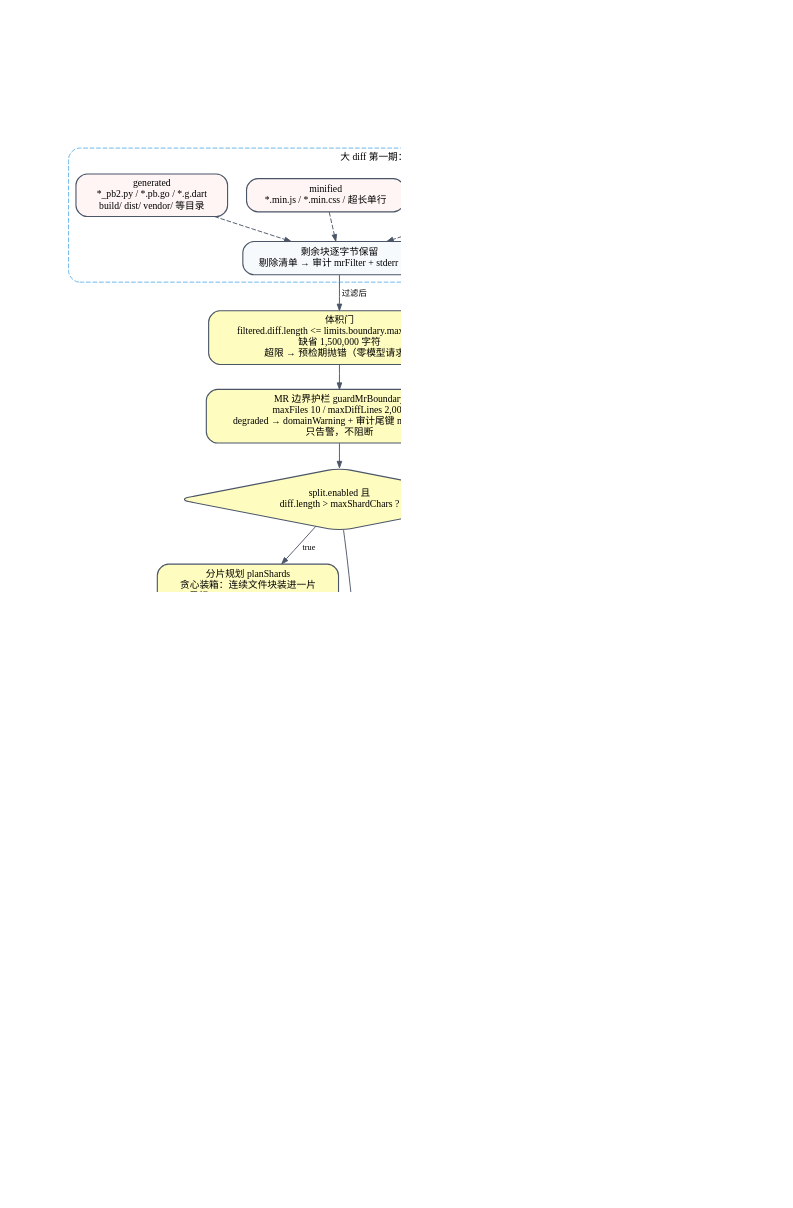
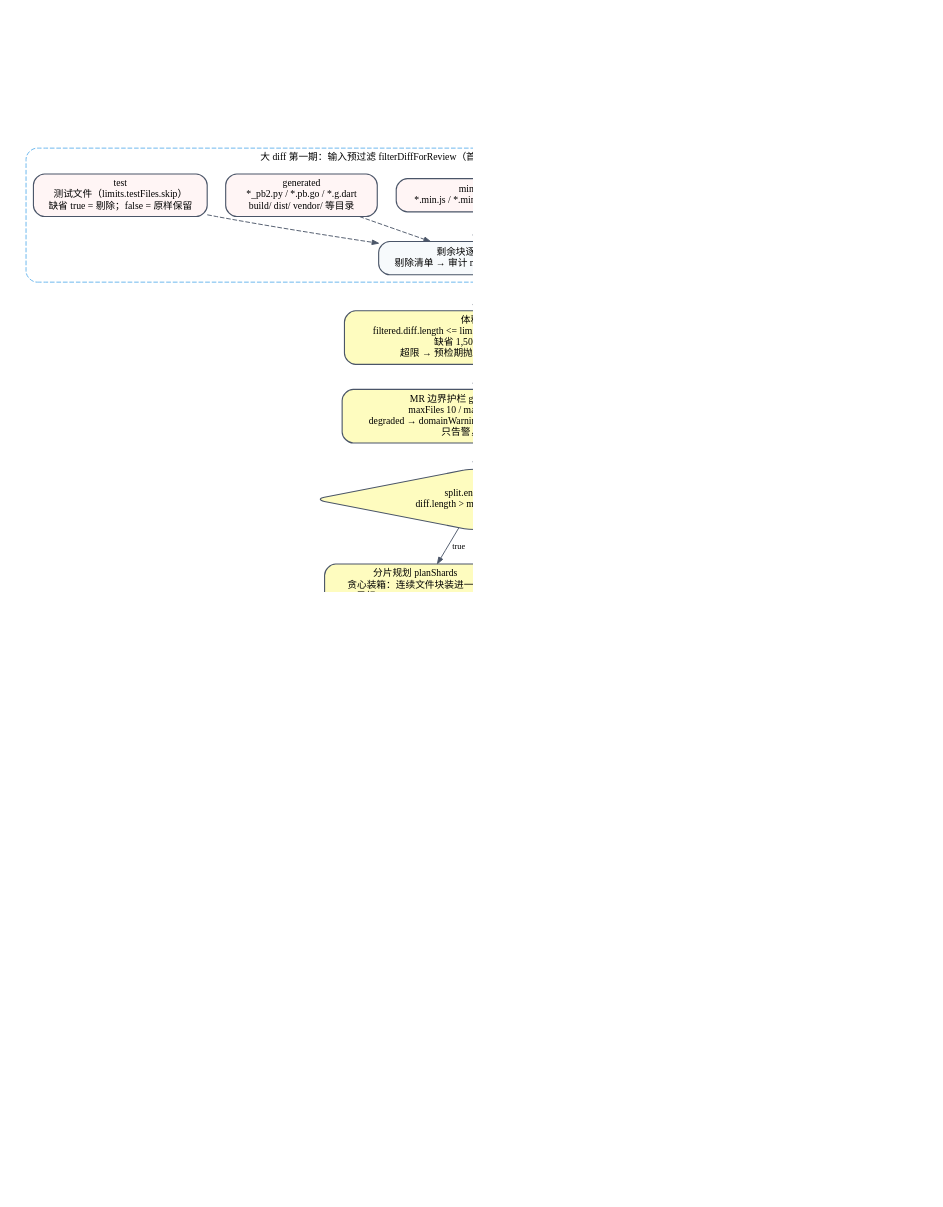
One commit to ffanwei/ReviewAgent-pi changed the diagram in docs/png/review-large-diff.dot. Above: the diagram before and after it, drawn with Graphviz. The commit also changed 15 other files, not shown here.

First line of the commit message:
docs: refresh flow diagrams and reporting docs

```diff
--- a/docs/png/review-large-diff.dot
+++ b/docs/png/review-large-diff.dot
@@ -1,65 +1,67 @@
 digraph review_large_diff {
   graph [charset="UTF-8", rankdir=TB, bgcolor="white", fontname="Microsoft YaHei", fontsize=12,
          nodesep=0.28, ranksep=0.36, pad=0.25, dpi=150];
   node  [shape=box, style="rounded,filled", fontname="Microsoft YaHei", fontsize=10.5,
          color="#4A5568", fillcolor="#F7FAFC", penwidth=1.2, margin="0.15,0.07"];
   edge  [fontname="Microsoft YaHei", fontsize=9, color="#4A5568", arrowsize=0.7];
 
   raw [label="原始 unified diff\n（--mr-diff 文件 / --mr-json 转换）", fillcolor="#2B6CB0", fontcolor="white", penwidth=0];
   split [label="splitDiffIntoFileBlocks\n按 diff --git 切文件块\n（块内 hunk 永不拆分）", fillcolor="#E6FFFA"];
 
   subgraph cluster_filter {
-    label="大 diff 第一期：输入预过滤 filterDiffForReview";
+    label="大 diff 第一期：输入预过滤 filterDiffForReview（首个命中生效：binary > lockfile > minified > generated > test）";
     fontname="Microsoft YaHei"; fontsize=10.5; color="#63B3ED"; style="rounded,dashed";
     f1 [label="binary\nBinary files / GIT binary patch", fillcolor="#FFF5F5"];
     f2 [label="lockfile\npackage-lock.json / yarn.lock / *.lock …", fillcolor="#FFF5F5"];
     f3 [label="minified\n*.min.js / *.min.css / 超长单行", fillcolor="#FFF5F5"];
     f4 [label="generated\n*_pb2.py / *.pb.go / *.g.dart\nbuild/ dist/ vendor/ 等目录", fillcolor="#FFF5F5"];
+    f5 [label="test\n测试文件（limits.testFiles.skip）\n缺省 true = 剔除；false = 原样保留", fillcolor="#FFF5F5"];
     keep [label="剩余块逐字节保留\n剔除清单 → 审计 mrFilter + stderr 一行"];
     f1 -> keep [style=dashed];
     f2 -> keep [style=dashed];
     f3 -> keep [style=dashed];
     f4 -> keep [style=dashed];
+    f5 -> keep [style=dashed];
   }
 
   volume [label="体积门\nfiltered.diff.length <= limits.boundary.maxDiffChars\n缺省 1,500,000 字符\n超限 → 预检期抛错（零模型请求）", fillcolor="#FEFCBF"];
   boundary [label="MR 边界护栏 guardMrBoundary\nmaxFiles 10 / maxDiffLines 2,000\ndegraded → domainWarning + 审计尾键 mrBoundary\n只告警，不阻断", fillcolor="#FEFCBF"];
 
   planq [label="split.enabled 且\ndiff.length > maxShardChars ?", shape=diamond, fillcolor="#FEFCBF"];
   plan  [label="分片规划 planShards\n贪心装箱：连续文件块装进一片\n目标 maxShardChars 400,000\n片数上限 maxShards 12\n单块 > 400,000 → 明确报错\n每片附 otherFilesSummary ≤ 8,000", fillcolor="#FEFCBF"];
   countq[label="片数 > 1 ?", shape=diamond, fillcolor="#FEFCBF"];
 
   single [label="单遍路径（旧路径）\nrunDir = <task>/runs/\nauditDir = <task>/audit/\n产物布局与旧实现逐字节一致"];
   shardq [label="分片路径\nattempt-<startedAt> 独立目录\n规则 Skill 只装载一次（各片共享）\n片间严格串行"];
 
   subgraph cluster_passes {
     label="每片执行一次完整 ReviewPass（六阶段 + 规则 Skill 会话）";
     fontname="Microsoft YaHei"; fontsize=10.5; color="#9F7AEA"; style="rounded,dashed";
     s1 [label="s01\nruns/shards/attempt-…/s01\naudit/shards/attempt-…/s01", fillcolor="#BEE3F8"];
     s2 [label="s02 …\n片内 diff + 其他文件摘要\n独立 toolkit / Ledger / 初始消息", fillcolor="#BEE3F8"];
     sN [label="sNN（按 diff 顺序）", fillcolor="#BEE3F8"];
     s1 -> s2 -> sN [label=" 串行 "];
   }
 
   hook [label="片级上报钩子\nonShardFindings(index,total,findings,files)\n在下一片开始前 await\n（旁路：失败不影响检视）", fillcolor="#FAF5FF"];
   merge [label="聚合 aggregateShards\nmergeShardFindings：按内容键去重\nusage 相加 / rounds 取最大 / truncated 取或\nskillPassLog 路径重写 / rejectionCounts 相加\n片记录写进 run.json shards[]", fillcolor="#C6F6D5"];
   agg [label="聚合产物\nruns/run.json（含 shards[]）\naudit/<runId>.json（含 shard 审计索引）\nruns/reviews_en.json（合并后 F001…）", fillcolor="#C6F6D5"];
 
   raw -> split;
   split -> f1 [label=" 逐块分类 "];
   keep -> volume [label=" 过滤后 "];
   volume -> boundary -> planq;
   planq -> plan [label=" true "];
   planq -> single [label=" false "];
   plan -> countq;
   countq -> single [label=" = 1 "];
   countq -> shardq [label=" > 1 "];
   single -> s1 [label=" 作为唯一一片 "];
   shardq -> s1;
   s1 -> hook [style=dashed];
   s2 -> hook [style=dashed];
   sN -> hook [style=dashed];
   sN -> merge [label=" 全部成功 "];
   single -> merge [style=dashed, label=" 恒等 "];
   merge -> agg;
 }
```
